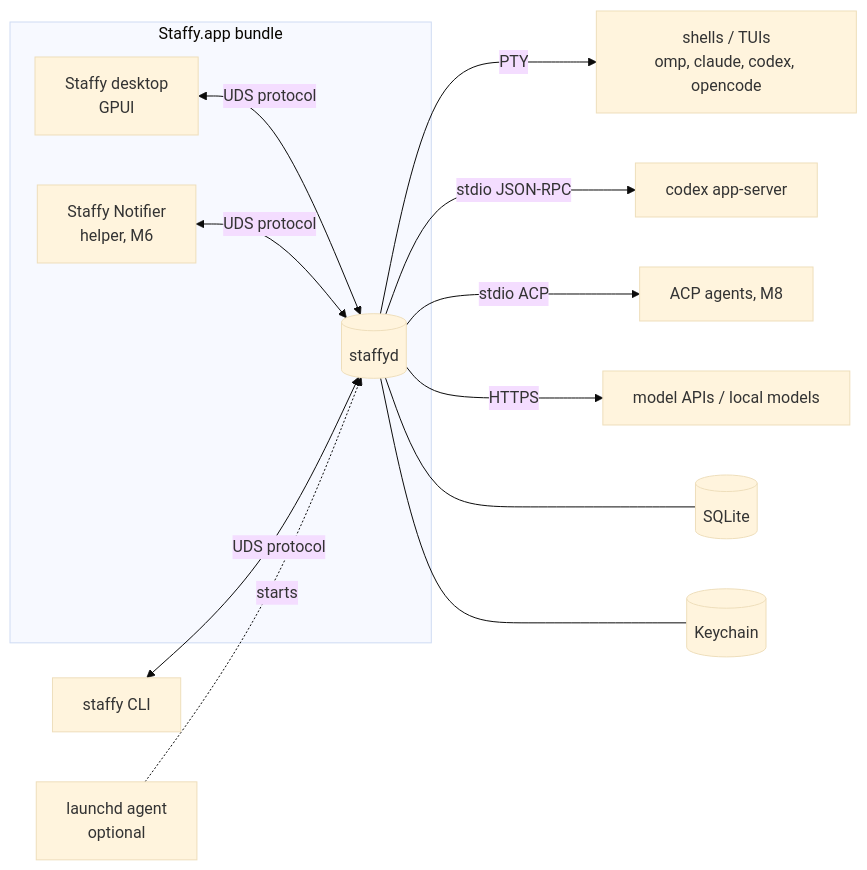
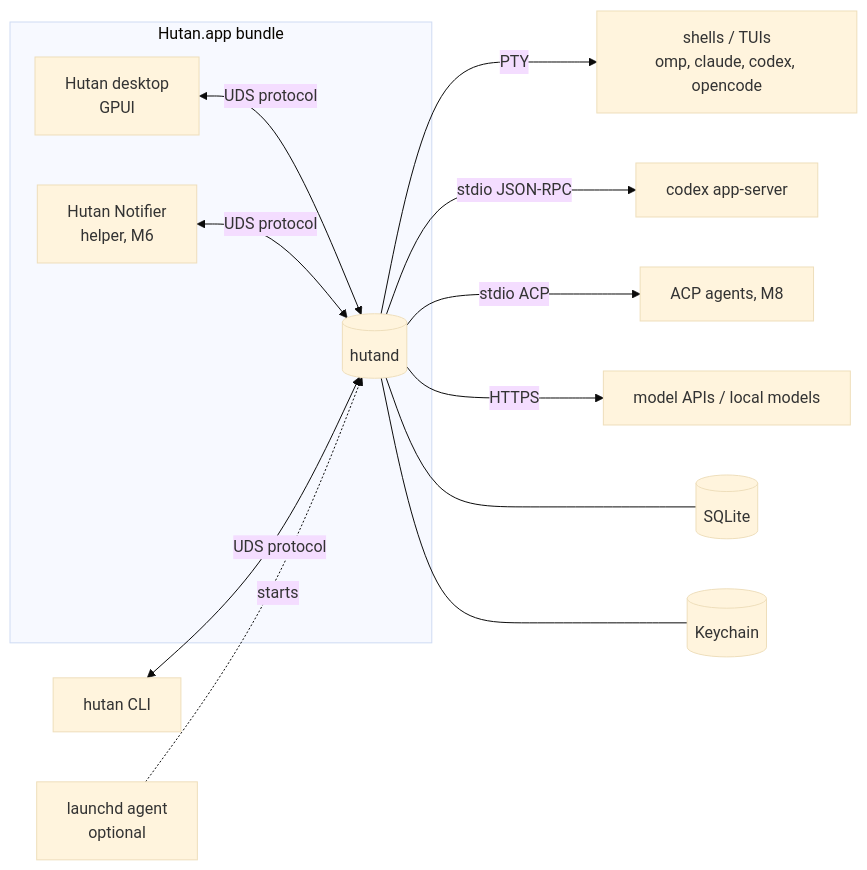
One commit to robertt3kuk/heeler changed the first of 6 diagrams in docs/architecture.md. Above: the diagram before and after it, drawn with Mermaid (base theme). The commit also changed other lines of this file and 456 other files, not shown here.

Commit message:
refactor!: rename the project to Hutan; orangutan brand assets and app icon

````diff
--- a/docs/architecture.md
+++ b/docs/architecture.md
@@ -7,19 +7,19 @@
 ```mermaid
 flowchart LR
-  subgraph App[Staffy.app bundle]
-    D[Staffy desktop<br/>GPUI]
-    N[Staffy Notifier<br/>helper, M6]
-    H[(staffyd)]
+  subgraph App[Hutan.app bundle]
+    D[Hutan desktop<br/>GPUI]
+    N[Hutan Notifier<br/>helper, M6]
+    H[(hutand)]
   end
-  CLI[staffy CLI]
+  CLI[hutan CLI]
   D <-->|UDS protocol| H
   CLI <-->|UDS protocol| H
   N <-->|UDS protocol| H
   H -->|PTY| T1[shells / TUIs<br/>omp, claude, codex, opencode]
   H -->|stdio JSON-RPC| A1[codex app-server]
   H -->|stdio ACP| A2[ACP agents, M8]
   H -->|HTTPS| M[model APIs / local models]
   H --- DB[(SQLite)]
   H --- KC[(Keychain)]
   LD[launchd agent<br/>optional] -.starts.-> H
 ```
````
